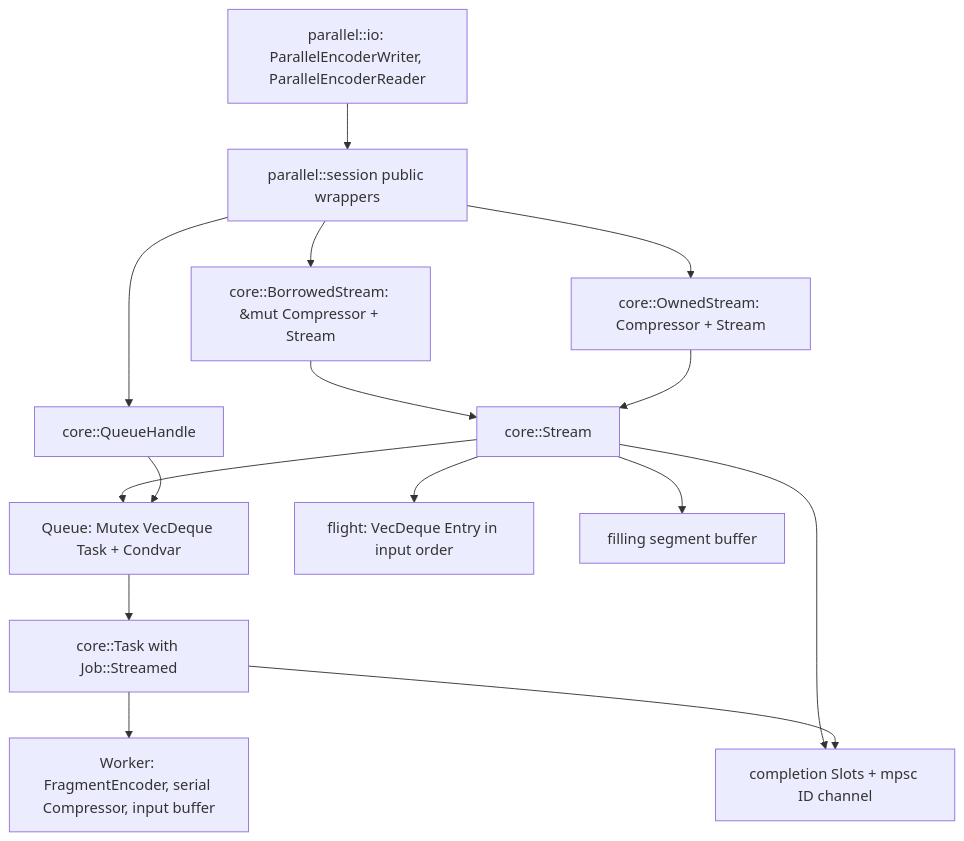
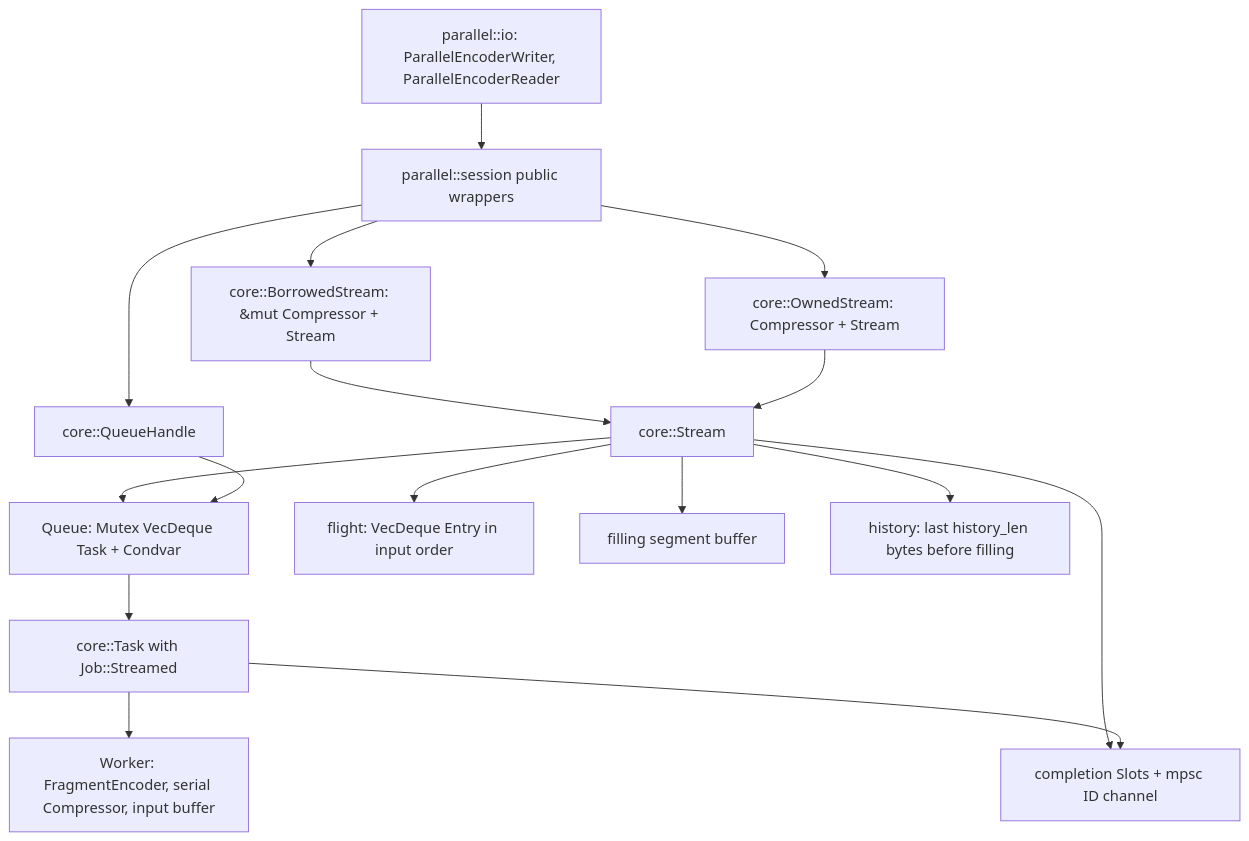
One commit to M-Compressors/mbrotli changed the first of 9 diagrams in architecture/parallel-stream.md. Above: the diagram before and after it, drawn with Mermaid. The commit also changed other lines of this file and 16 other files, not shown here.

````diff
--- a/architecture/parallel-stream.md
+++ b/architecture/parallel-stream.md
@@ -36,17 +36,18 @@
 ```mermaid
 graph TD
     Adapters[parallel::io: ParallelEncoderWriter, ParallelEncoderReader] --> Public
     Public[parallel::session public wrappers] --> Borrowed[core::BorrowedStream: &mut Compressor + Stream]
     Public --> Owned[core::OwnedStream: Compressor + Stream]
     Public --> Handle[core::QueueHandle]
     Borrowed --> Stream[core::Stream]
     Owned --> Stream
     Stream --> Queue[Queue: Mutex VecDeque Task + Condvar]
     Handle --> Queue
     Stream --> Slots[completion Slots + mpsc ID channel]
     Stream --> Flight[flight: VecDeque Entry in input order]
     Stream --> Filling[filling segment buffer]
+    Stream --> History[history: last history_len bytes before filling]
     Queue --> Task[core::Task with Job::Streamed]
     Task --> Worker[Worker: FragmentEncoder, serial Compressor, input buffer]
     Task --> Slots
 ```
````
